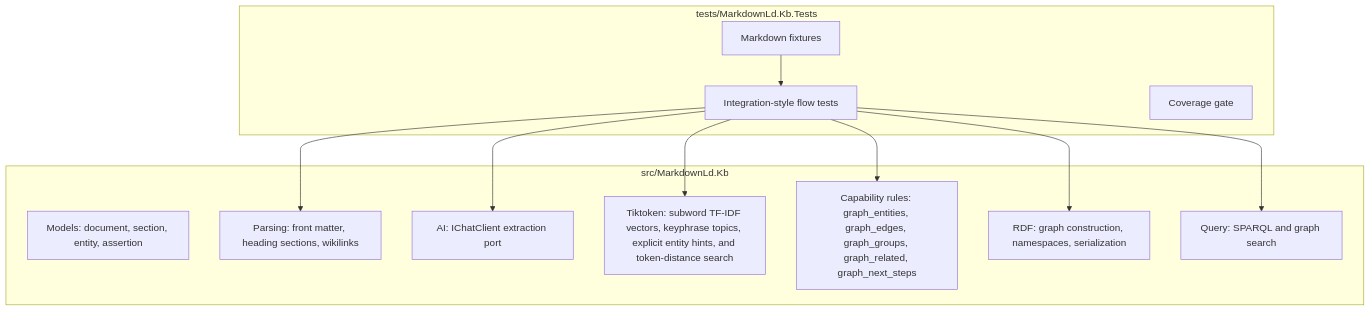
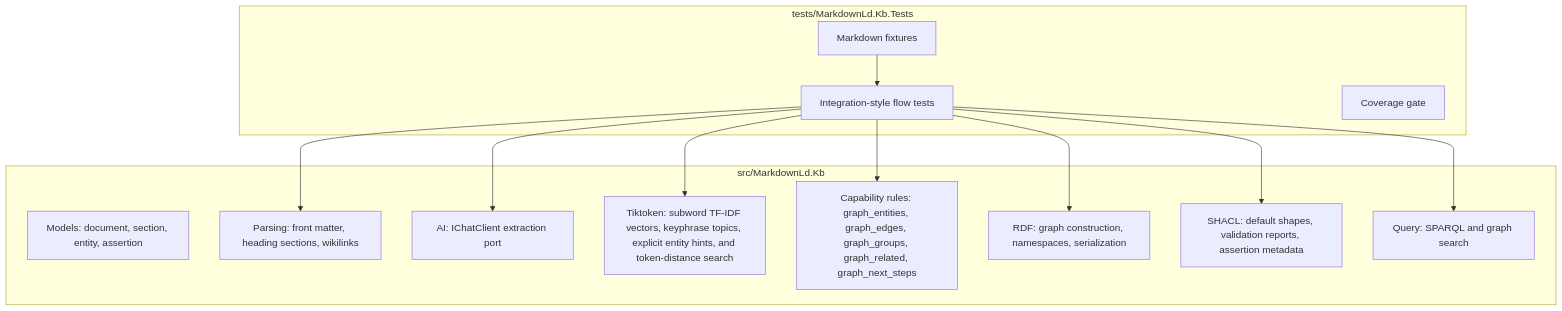
The third of 4 diagrams in docs/Architecture.md (managedcode/markdown-ld-kb), drawn with Mermaid before and after one commit. The commit also changed other lines of this file and 12 other files, not shown here.

Commit message:
update graph

````diff
--- a/docs/Architecture.md
+++ b/docs/Architecture.md
@@ -78,26 +83,28 @@
 ```mermaid
 flowchart TB
     subgraph Core["src/MarkdownLd.Kb"]
         Models["Models: document, section, entity, assertion"]
         Parsing["Parsing: front matter, heading sections, wikilinks"]
         Ai["AI: IChatClient extraction port"]
         Tokens["Tiktoken: subword TF-IDF vectors, keyphrase topics, explicit entity hints, and token-distance search"]
         Rules["Capability rules: graph_entities, graph_edges, graph_groups, graph_related, graph_next_steps"]
         Rdf["RDF: graph construction, namespaces, serialization"]
+        Shacl["SHACL: default shapes, validation reports, assertion metadata"]
         Query["Query: SPARQL and graph search"]
     end
 
     subgraph Tests["tests/MarkdownLd.Kb.Tests"]
         Fixtures["Markdown fixtures"]
         FlowTests["Integration-style flow tests"]
         Coverage["Coverage gate"]
     end
 
     Fixtures --> FlowTests
     FlowTests --> Parsing
     FlowTests --> Ai
     FlowTests --> Tokens
     FlowTests --> Rules
     FlowTests --> Rdf
+    FlowTests --> Shacl
     FlowTests --> Query
 ```
````
